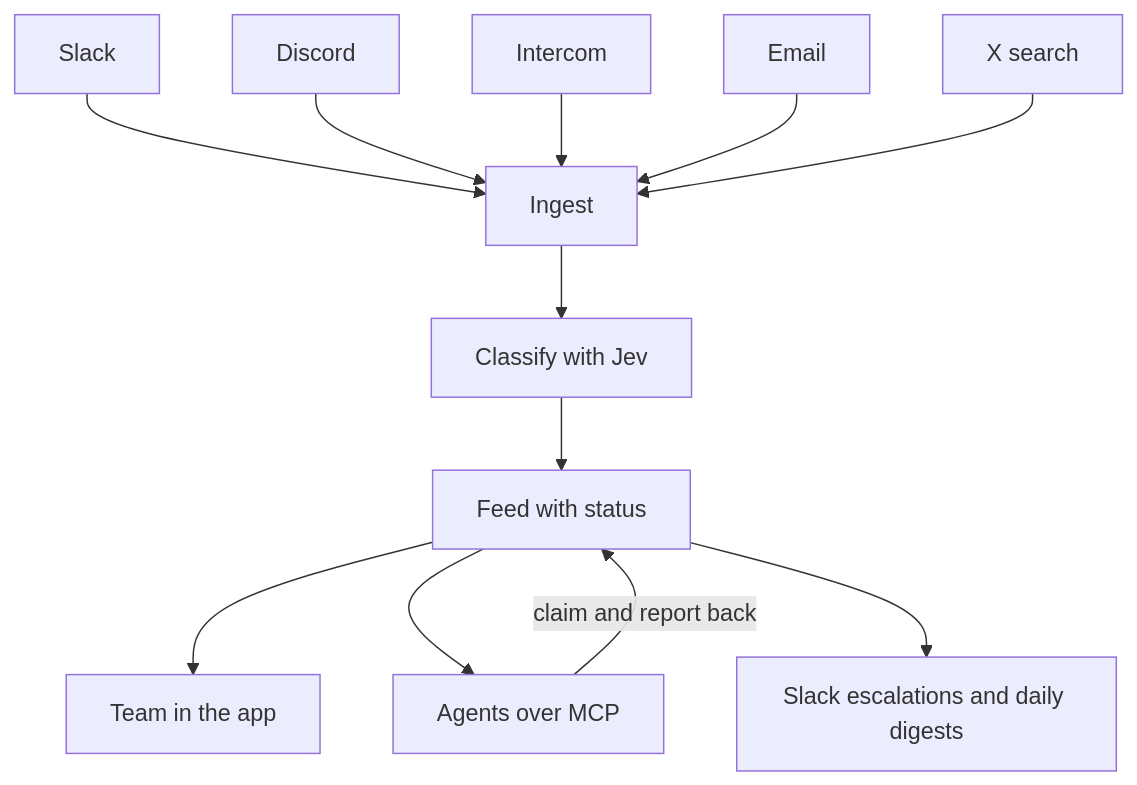
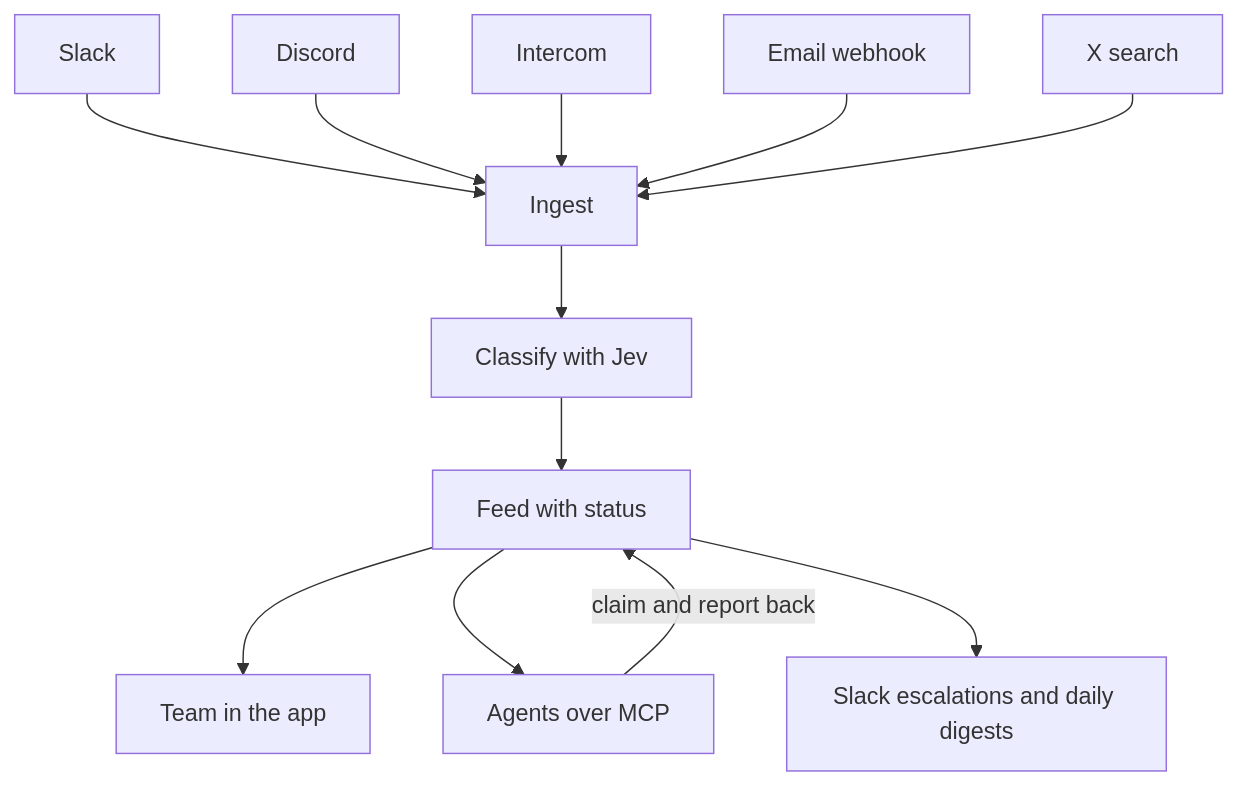
Before and after one commit to kieranklaassen/happyhappy: the first of 5 diagrams in docs/plans/2026-09-24-001-feat-happyhappy-sentiment-feed-plan.md, drawn with Mermaid. The commit also changed other lines of this file, not shown here.

````diff
--- a/docs/plans/2026-09-24-001-feat-happyhappy-sentiment-feed-plan.md
+++ b/docs/plans/2026-09-24-001-feat-happyhappy-sentiment-feed-plan.md
@@ -56,14 +63,14 @@
 ```mermaid
 flowchart TB
   S1[Slack] --> I[Ingest]
   S2[Discord] --> I
   S3[Intercom] --> I
-  S4[Email] --> I
+  S4[Email webhook] --> I
   S5[X search] --> I
   I --> C[Classify with Jev]
   C --> F[Feed with status]
   F --> U[Team in the app]
   F --> AG[Agents over MCP]
   AG -->|claim and report back| F
   F --> SL[Slack escalations and daily digests]
 ```
````
